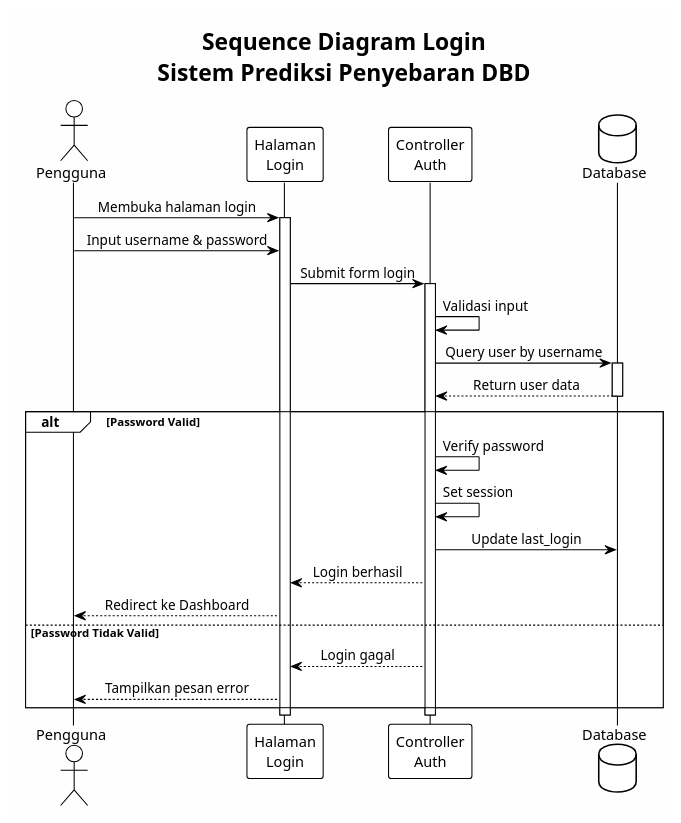
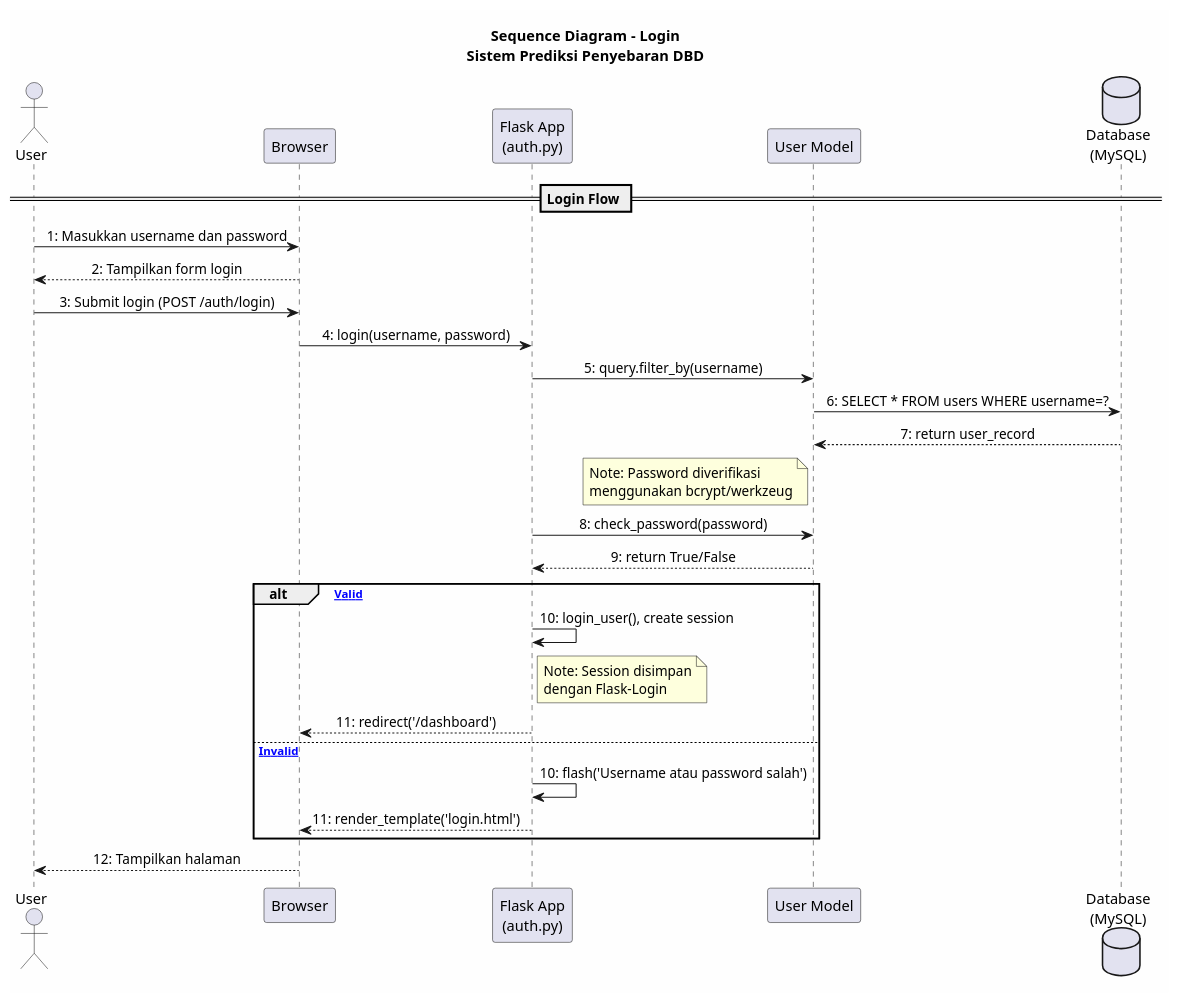
One commit to Suwardi87/prediksi-DBD changed the diagram in Dokumen/UML/sequence_diagram_login.puml. Above: the diagram before and after it, drawn with PlantUML. The commit also changed 39 other files, not shown here.

```diff
--- a/Dokumen/UML/sequence_diagram_login.puml
+++ b/Dokumen/UML/sequence_diagram_login.puml
@@ -1,41 +1,37 @@
-@startuml sequence_diagram_login
-!theme plain
+@startuml Sequence Diagram - Login
 skinparam backgroundColor #FEFEFE
 skinparam sequenceMessageAlign center
 
-title Sequence Diagram Login\nSistem Prediksi Penyebaran DBD
+title Sequence Diagram - Login\nSistem Prediksi Penyebaran DBD
 
-actor "Pengguna" as User
-participant "Halaman\nLogin" as Login
-participant "Controller\nAuth" as Controller
-database "Database" as DB
+actor User
+participant Browser
+participant "Flask App\n(auth.py)" as flask
+participant "User Model" as model
+database "Database\n(MySQL)" as db
 
-User -> Login : Membuka halaman login
-activate Login
+== Login Flow ==
 
-User -> Login : Input username & password
-Login -> Controller : Submit form login
-activate Controller
+User -> Browser : 1: Masukkan username dan password
+Browser --> User : 2: Tampilkan form login
+User -> Browser : 3: Submit login (POST /auth/login)
+Browser -> flask : 4: login(username, password)
+flask -> model : 5: query.filter_by(username)
+model -> db : 6: SELECT * FROM users WHERE username=?
+db --> model : 7: return user_record
+note left of model : Note: Password diverifikasi\nmenggunakan bcrypt/werkzeug
+flask -> model : 8: check_password(password)
+model --> flask : 9: return True/False
 
-Controller -> Controller : Validasi input
-Controller -> DB : Query user by username
-activate DB
-
-DB --> Controller : Return user data
-deactivate DB
-
-alt Password Valid
-    Controller -> Controller : Verify password
-    Controller -> Controller : Set session
-    Controller -> DB : Update last_login
-    Controller --> Login : Login berhasil
-    Login --> User : Redirect ke Dashboard
-else Password Tidak Valid
-    Controller --> Login : Login gagal
-    Login --> User : Tampilkan pesan error
+alt [Valid]
+    flask -> flask : 10: login_user(), create session
+    note right of flask : Note: Session disimpan\ndengan Flask-Login
+    flask --> Browser : 11: redirect('/dashboard')
+else [Invalid]
+    flask -> flask : 10: flash('Username atau password salah')
+    flask --> Browser : 11: render_template('login.html')
 end
 
-deactivate Controller
-deactivate Login
+Browser --> User : 12: Tampilkan halaman
 
 @enduml
```
